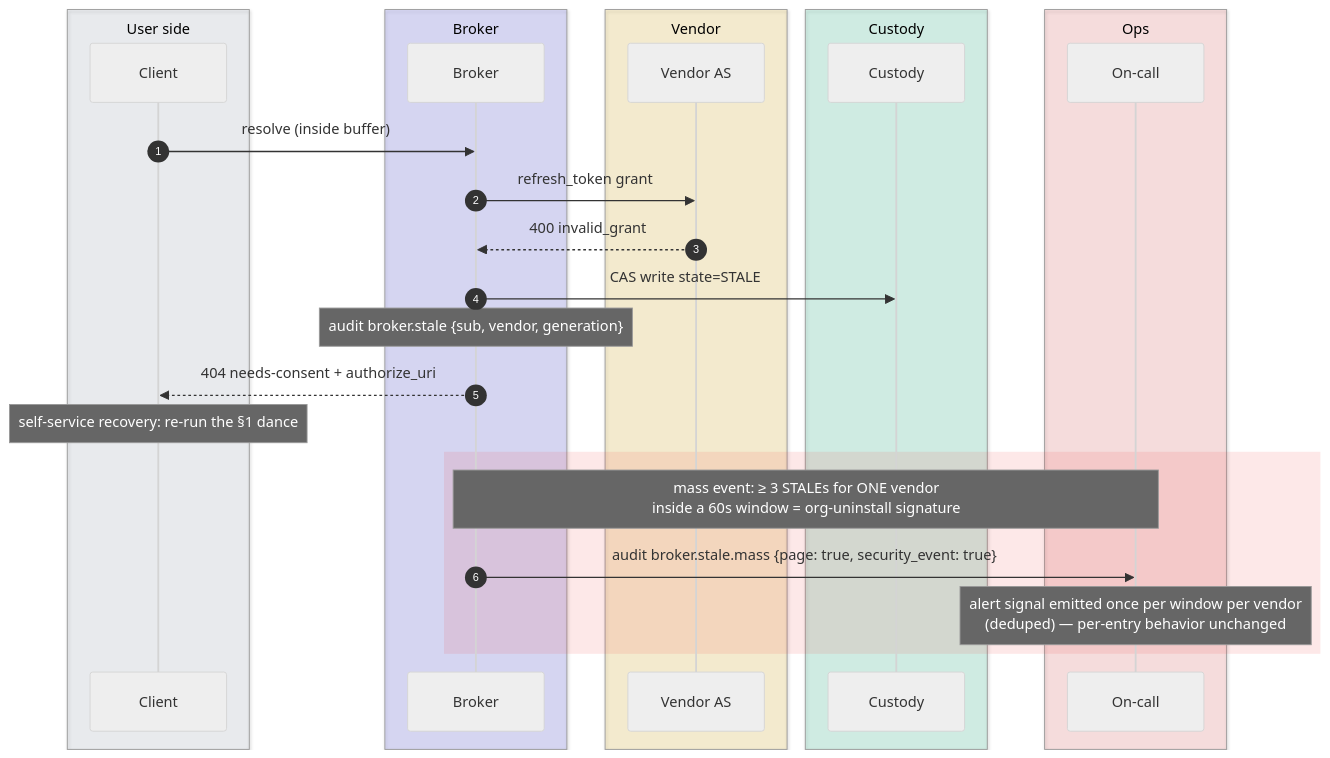
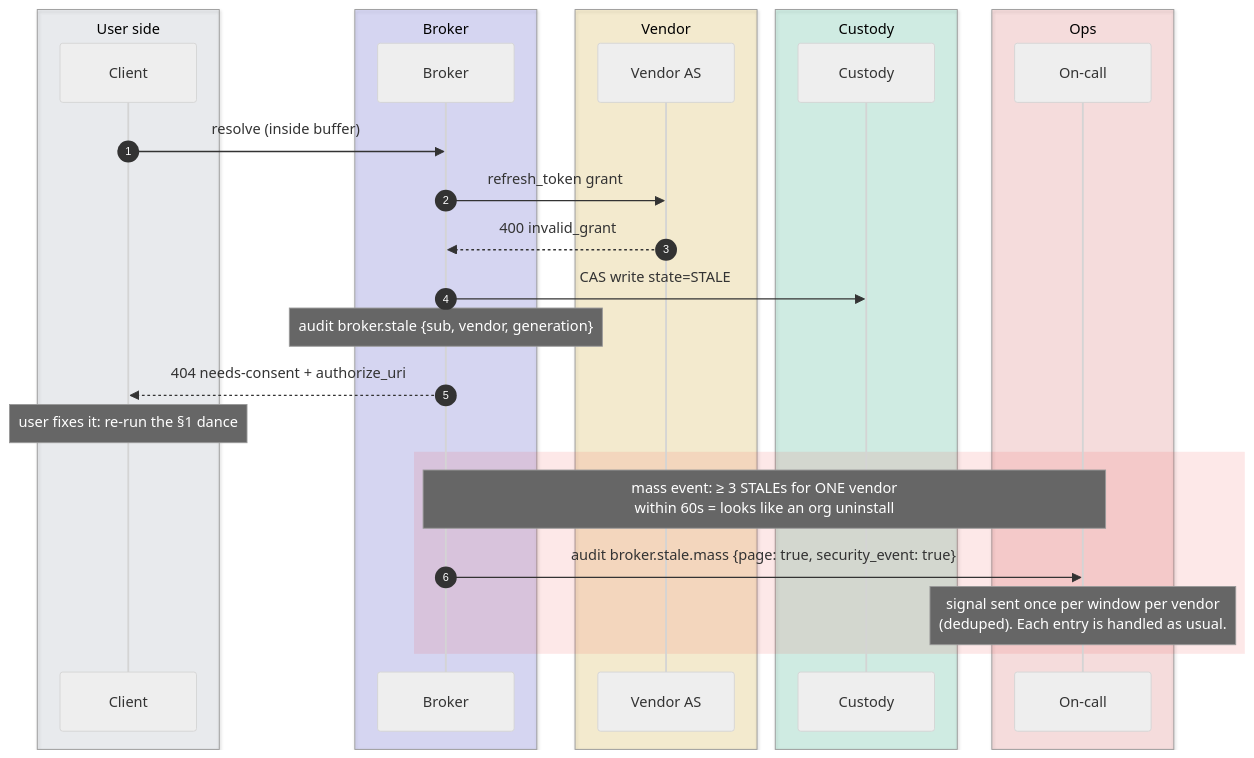
The eighth of 10 diagrams in docs/token-lifecycle.md (chief-builder/vendor-token-broker), drawn with Mermaid (neutral theme) before and after one commit. The commit also changed other lines of this file and 14 other files, not shown here.

````diff
--- a/docs/token-lifecycle.md
+++ b/docs/token-lifecycle.md
@@ -348,33 +387,33 @@
 ```mermaid
 sequenceDiagram
     autonumber
     box rgba(148,163,184,0.14) User side
         participant C as Client
     end
     box rgba(99,102,241,0.20) Broker
         participant B as Broker
     end
     box rgba(234,179,8,0.16) Vendor
         participant V as Vendor AS
     end
     box rgba(16,185,129,0.16) Custody
         participant K as Custody
     end
     box rgba(239,68,68,0.14) Ops
         participant O as On-call
     end
 
     C->>B: resolve (inside buffer)
     B->>V: refresh_token grant
     V-->>B: 400 invalid_grant
     B->>K: CAS write state=STALE
     Note over B: audit broker.stale {sub, vendor, generation}
     B-->>C: 404 needs-consent + authorize_uri
-    Note over C: self-service recovery: re-run the §1 dance
+    Note over C: user fixes it: re-run the §1 dance
 
     rect rgba(239,68,68,0.12)
-        Note over B,O: mass event: ≥ 3 STALEs for ONE vendor<br/>inside a 60s window = org-uninstall signature
+        Note over B,O: mass event: ≥ 3 STALEs for ONE vendor<br/>within 60s = looks like an org uninstall
         B->>O: audit broker.stale.mass {page: true, security_event: true}
-        Note over O: alert signal emitted once per window per vendor<br/>(deduped) — per-entry behavior unchanged
+        Note over O: signal sent once per window per vendor<br/>(deduped). Each entry is handled as usual.
     end
 ```
````
